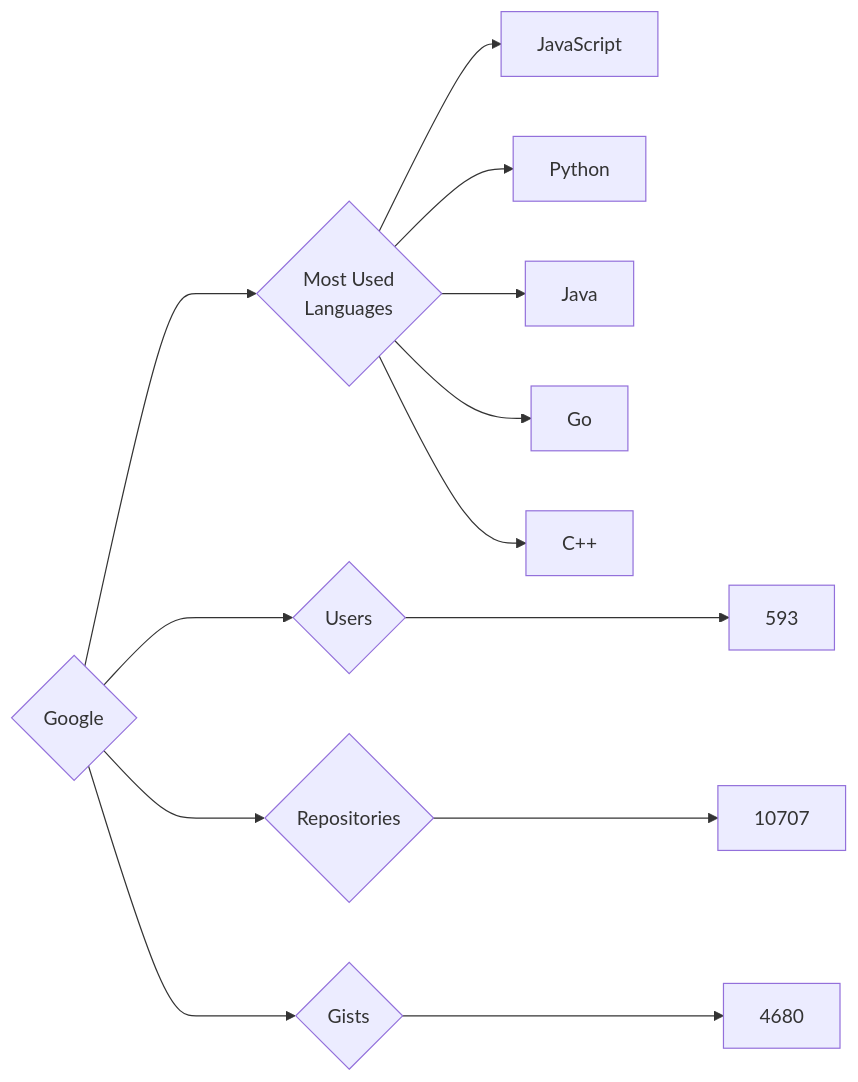
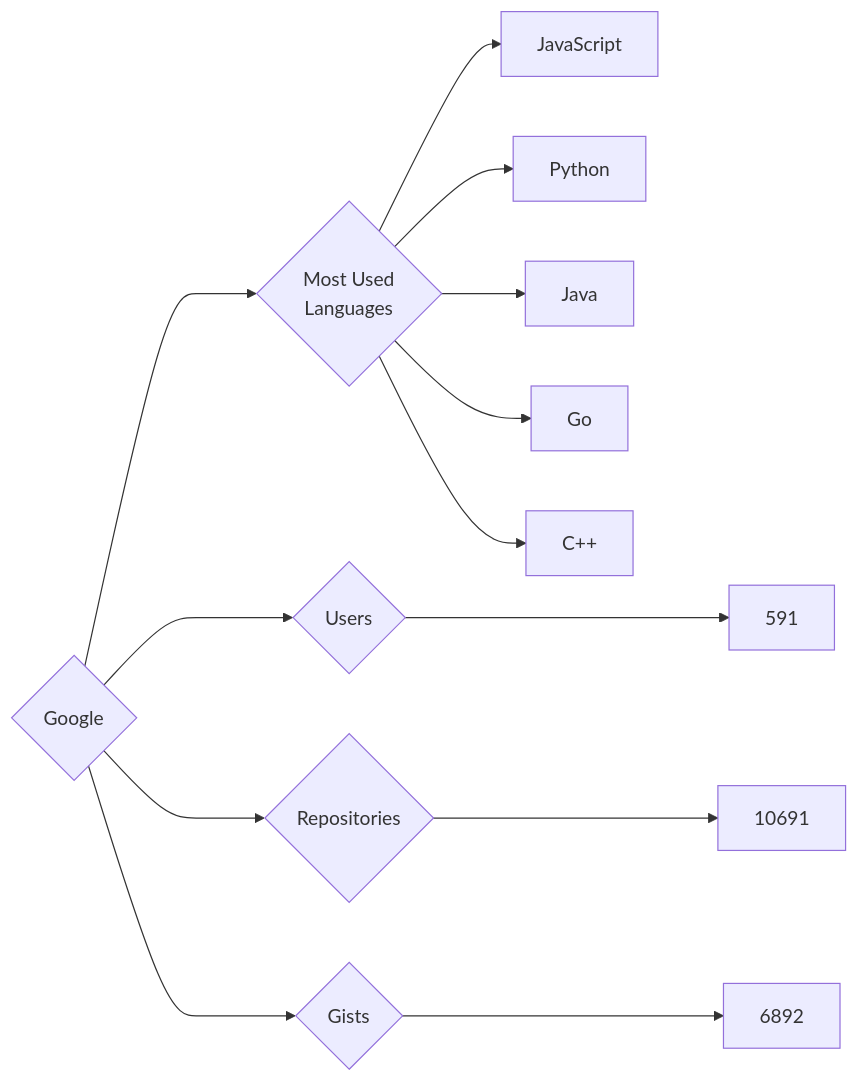
The diagram in targets/Google/README.md (trickest/insiders), drawn with Mermaid before and after one commit. The commit also changed 1238 other files, not shown here.

````diff
--- a/targets/Google/README.md
+++ b/targets/Google/README.md
@@ -3,13 +3,13 @@
 ```mermaid
 graph LR
 COMPANY_NAME{Google}
-COMPANY_NAME ---> U{Users} ---> UN[593]
-COMPANY_NAME ---> R{Repositories} ---> RN[10707]
-COMPANY_NAME ---> G{Gists} ---> GN[4680]
+COMPANY_NAME ---> U{Users} ---> UN[591]
+COMPANY_NAME ---> R{Repositories} ---> RN[10691]
+COMPANY_NAME ---> G{Gists} ---> GN[6892]
 COMPANY_NAME ---> ML{Most Used<br>Languages}
 ML --> JavaScript[JavaScript]
 ML --> Python[Python]
 ML --> Java[Java]
 ML --> Go[Go]
 ML --> C++[C++]
 ```
````
